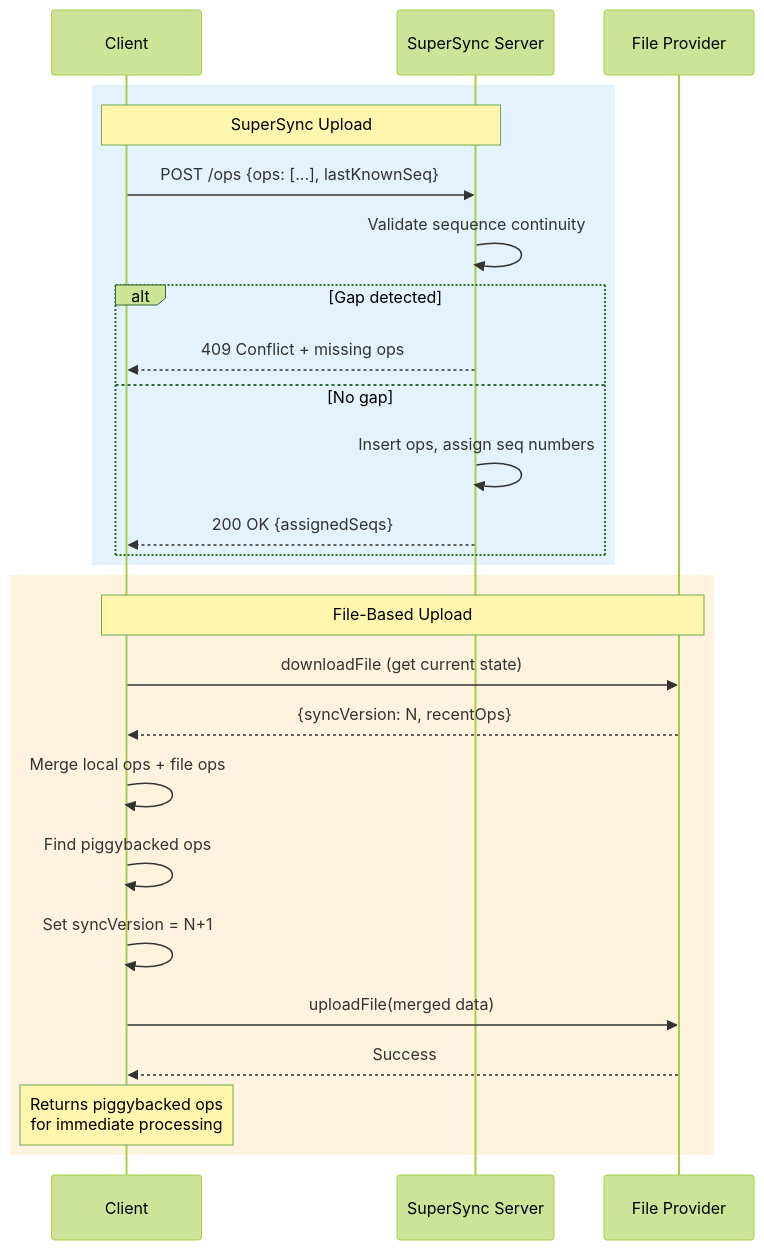
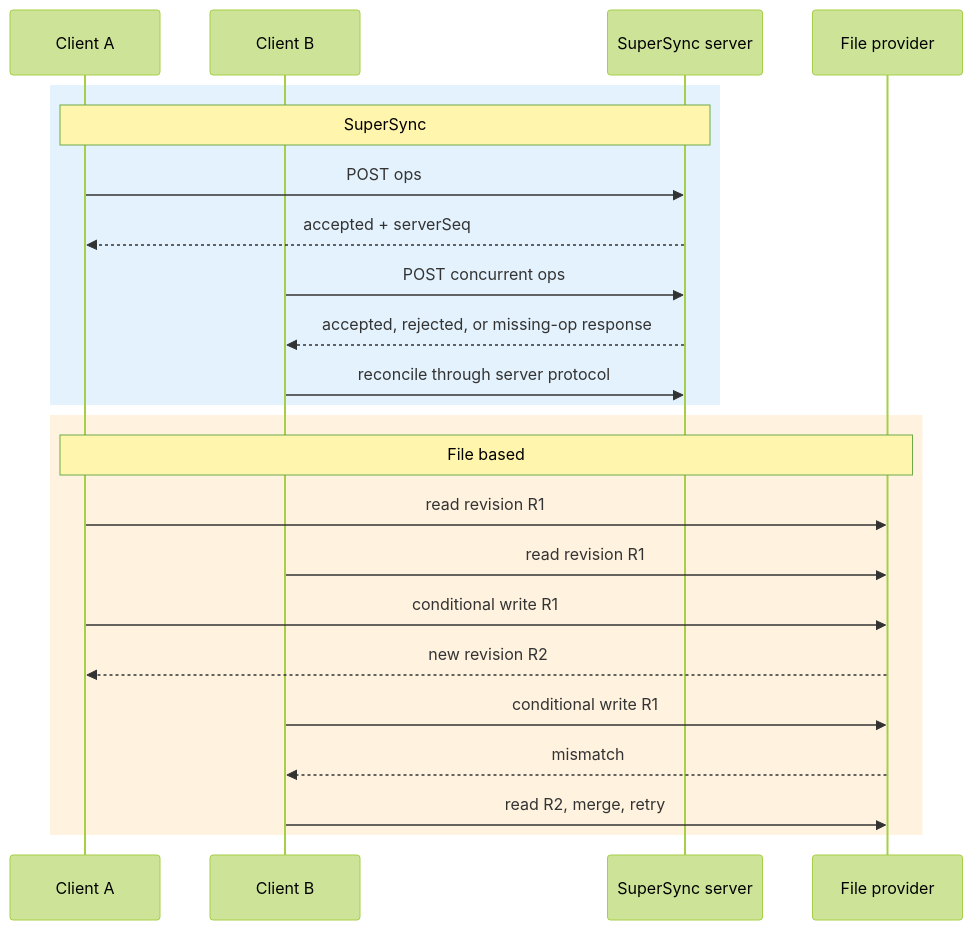
The second of 3 diagrams in docs/sync-and-op-log/diagrams/07-supersync-vs-file-based.md (super-productivity/super-productivity), drawn with Mermaid (forest theme) before and after one commit. The commit also changed other lines of this file and 9 other files, not shown here.

````diff
--- a/docs/sync-and-op-log/diagrams/07-supersync-vs-file-based.md
+++ b/docs/sync-and-op-log/diagrams/07-supersync-vs-file-based.md
@@ -266,30 +56,27 @@
 ```mermaid
 sequenceDiagram
-    participant Client
-    participant SS as SuperSync Server
-    participant FB as File Provider
+    participant A as Client A
+    participant B as Client B
+    participant S as SuperSync server
+    participant F as File provider
 
     rect rgb(227, 242, 253)
-        Note over Client,SS: SuperSync Upload
-        Client->>SS: POST /ops {ops: [...], lastKnownSeq}
-        SS->>SS: Validate sequence continuity
-        alt Gap detected
-            SS-->>Client: 409 Conflict + missing ops
-        else No gap
-            SS->>SS: Insert ops, assign seq numbers
-            SS-->>Client: 200 OK {assignedSeqs}
-        end
+        Note over A,S: SuperSync
+        A->>S: POST ops
+        S-->>A: accepted + serverSeq
+        B->>S: POST concurrent ops
+        S-->>B: accepted, rejected, or missing-op response
+        B->>S: reconcile through server protocol
     end
 
     rect rgb(255, 243, 224)
-        Note over Client,FB: File-Based Upload
-        Client->>FB: downloadFile (get current state)
-        FB-->>Client: {syncVersion: N, recentOps}
-        Client->>Client: Merge local ops + file ops
-        Client->>Client: Find piggybacked ops
-        Client->>Client: Set syncVersion = N+1
-        Client->>FB: uploadFile(merged data)
-        FB-->>Client: Success
-        Note over Client: Returns piggybacked ops<br/>for immediate processing
+        Note over A,F: File based
+        A->>F: read revision R1
+        B->>F: read revision R1
+        A->>F: conditional write R1
+        F-->>A: new revision R2
+        B->>F: conditional write R1
+        F-->>B: mismatch
+        B->>F: read R2, merge, retry
     end
 ```
````
